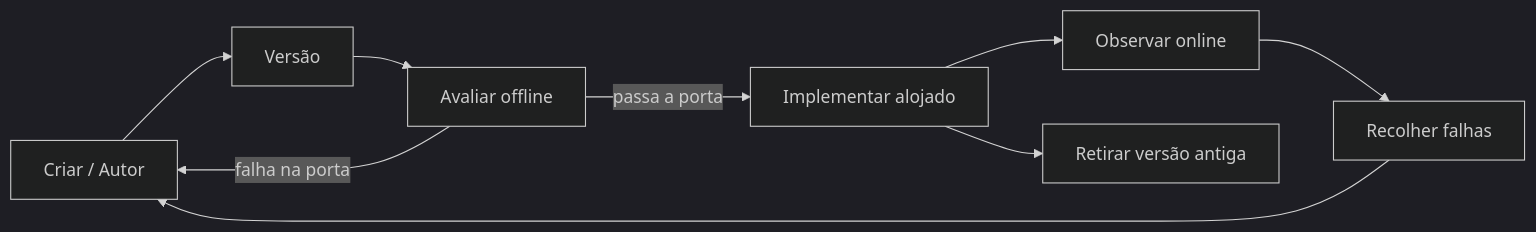
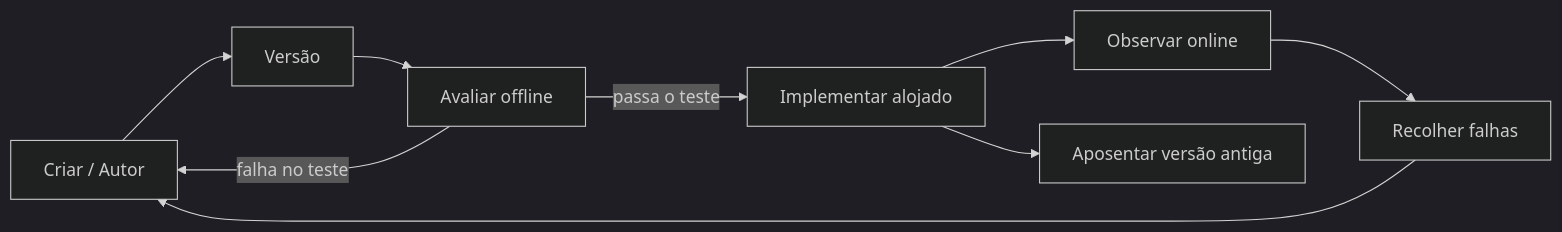
One commit to microsoft/ai-agents-for-beginners changed the second of 4 diagrams in translations/pt-PT/16-deploying-scalable-agents/README.md. Above: the diagram before and after it, drawn with Mermaid (dark theme). The commit also changed other lines of this file and 46 other files, not shown here.

````diff
--- a/translations/pt-PT/16-deploying-scalable-agents/README.md
+++ b/translations/pt-PT/16-deploying-scalable-agents/README.md
@@ -108,11 +108,11 @@
 ```mermaid
 flowchart LR
     Create[Criar / Autor] --> Version[Versão]
     Version --> Evaluate[Avaliar offline]
-    Evaluate -->|passa a porta| Deploy[Implementar alojado]
-    Evaluate -->|falha na porta| Create
+    Evaluate -->|passa o teste| Deploy[Implementar alojado]
+    Evaluate -->|falha no teste| Create
     Deploy --> Observe[Observar online]
     Observe --> Improve[Recolher falhas]
     Improve --> Create
-    Deploy --> Retire[Retirar versão antiga]
+    Deploy --> Retire[Aposentar versão antiga]
 ```
````
